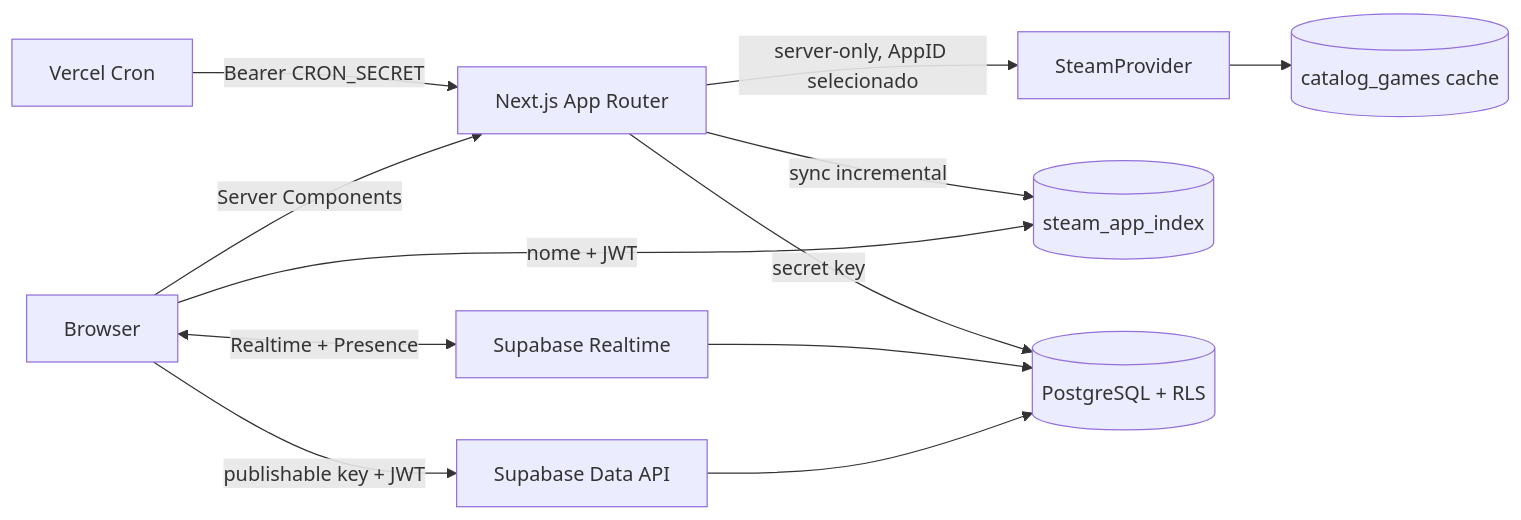
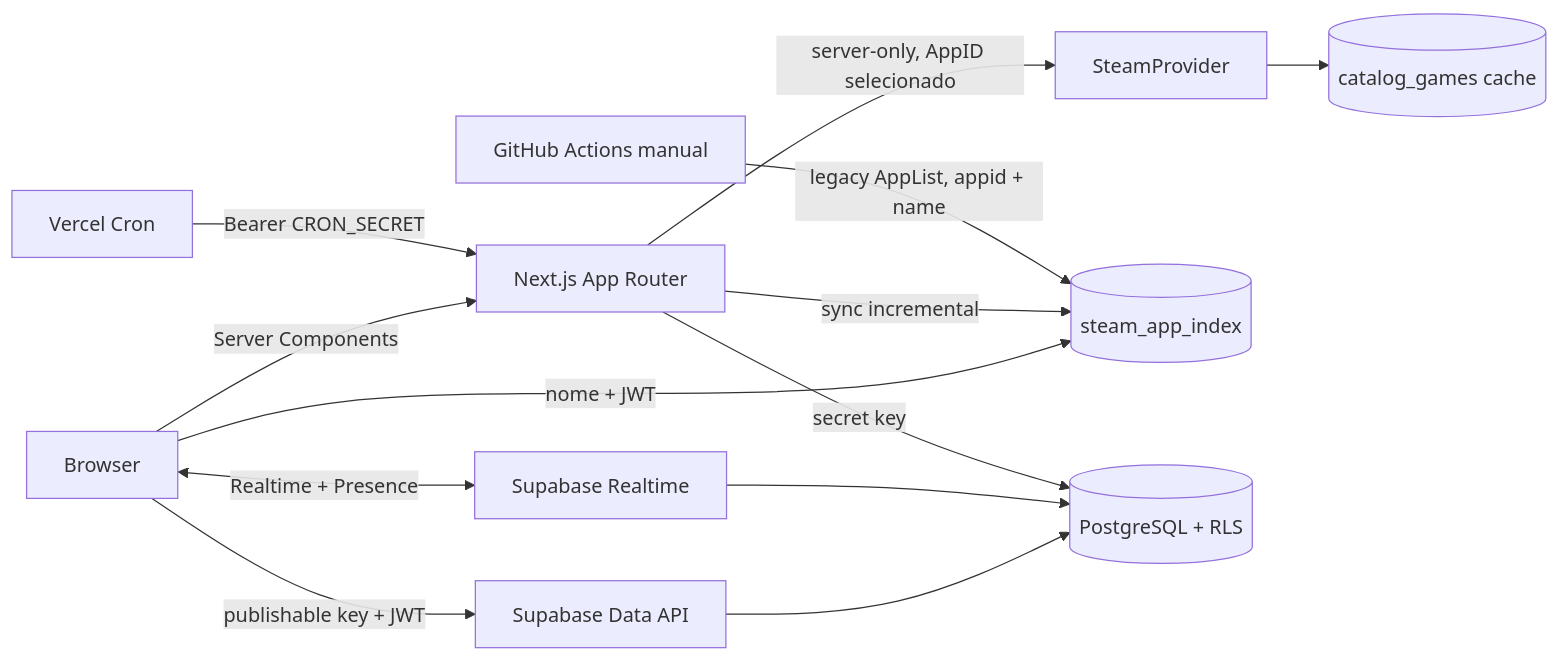
One commit to guisba/Listed changed the diagram in docs/architecture.md. Above: the diagram before and after it, drawn with Mermaid. The commit also changed other lines of this file and 21 other files, not shown here.

````diff
--- a/docs/architecture.md
+++ b/docs/architecture.md
@@ -5,14 +5,15 @@
 ```mermaid
 flowchart LR
   B[Browser] -->|Server Components| N[Next.js App Router]
   B -->|publishable key + JWT| S[Supabase Data API]
   B <-->|Realtime + Presence| R[Supabase Realtime]
   N -->|server-only, AppID selecionado| ST[SteamProvider]
   ST --> C[(catalog_games cache)]
   B -->|nome + JWT| I[(steam_app_index)]
   N -->|sync incremental| I
+  G[GitHub Actions manual] -->|legacy AppList, appid + name| I
   S --> P[(PostgreSQL + RLS)]
   R --> P
   V[Vercel Cron] -->|Bearer CRON_SECRET| N
   N -->|secret key| P
 ```
````
